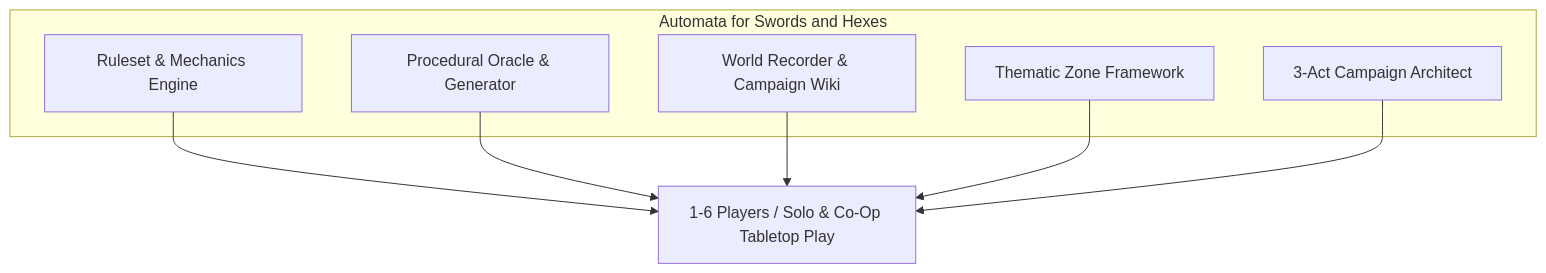
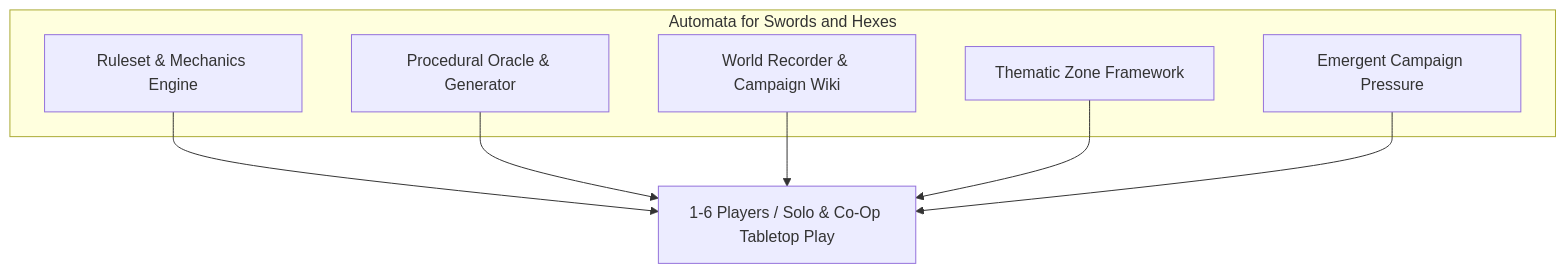
Before and after one commit to kostchei/ash-rpg: the first of 2 diagrams in README.md, drawn with Mermaid. The commit also changed other lines of this file and 20 other files, not shown here.

Commit message:
Generalize campaign pressure and light tracking

````diff
--- a/README.md
+++ b/README.md
@@ -17,16 +17,16 @@
 ```mermaid
 flowchart TD
     subgraph ASH [Automata for Swords and Hexes]
         A[Ruleset & Mechanics Engine]
         B[Procedural Oracle & Generator]
         C[World Recorder & Campaign Wiki]
         D[Thematic Zone Framework]
-        E[3-Act Campaign Architect]
+        E[Emergent Campaign Pressure]
     end
     
     A --> P[1-6 Players / Solo & Co-Op Tabletop Play]
     B --> P
     C --> P
     D --> P
     E --> P
 ```
````
